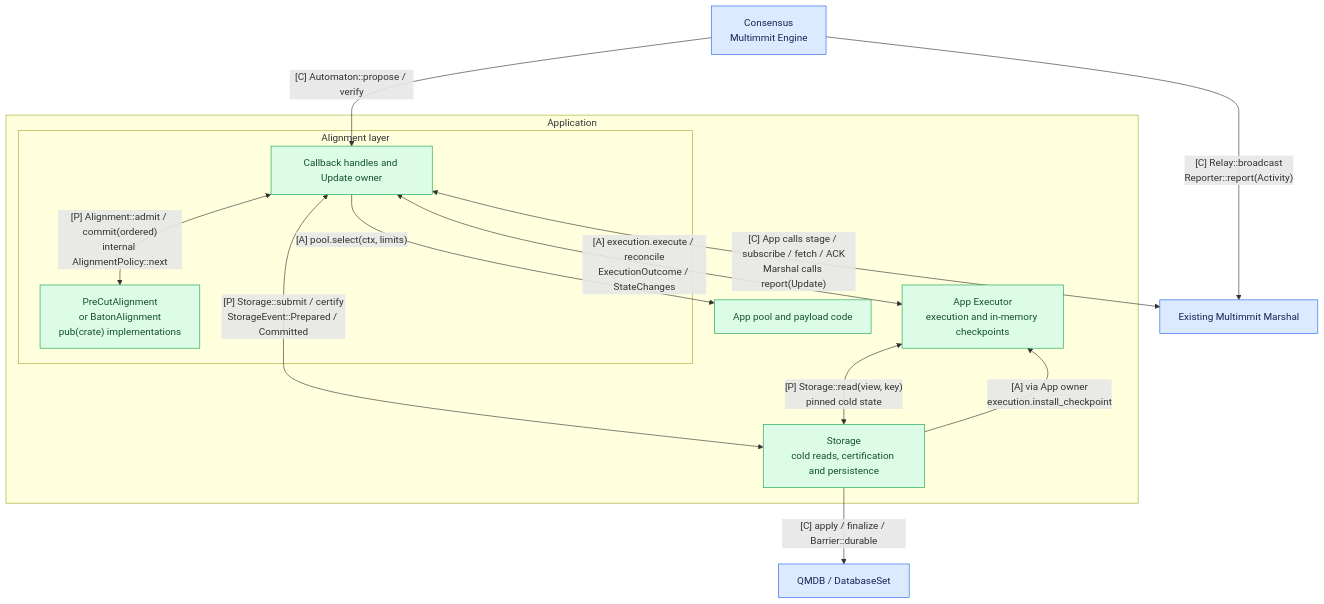
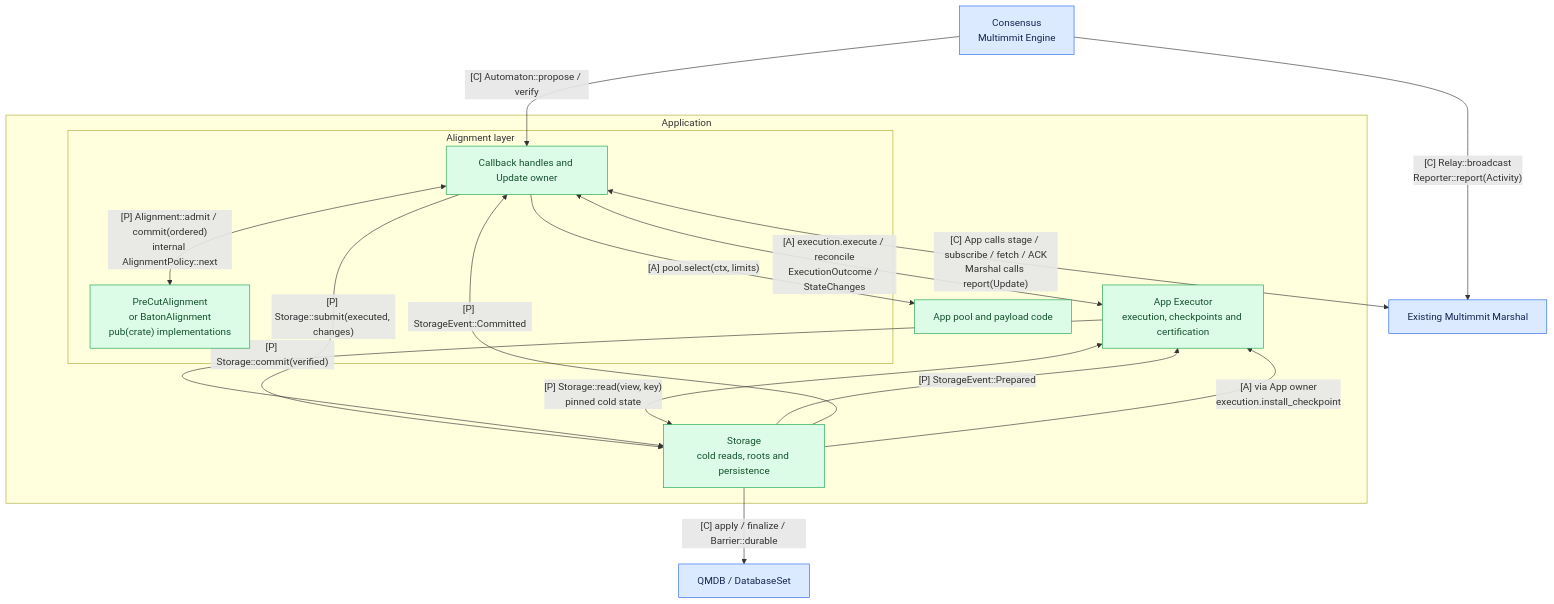
One commit to djm07073/baton changed the diagram in docs/01-overview/01-architecture.md. Above: the diagram before and after it, drawn with Mermaid. The commit also changed other lines of this file and 175 other files, not shown here.

Commit message:
docs: visualize Baton flows and clarify executor certification

````diff
--- a/docs/01-overview/01-architecture.md
+++ b/docs/01-overview/01-architecture.md
@@ -9,25 +9,28 @@
 ```mermaid
 flowchart TB
     N["Consensus<br/>Multimmit Engine"] -->|"[C] Automaton::propose / verify"| M
     N -->|"[C] Relay::broadcast<br/>Reporter::report(Activity)"| R["Existing Multimmit Marshal"]
     M <-->|"[C] App calls stage / subscribe / fetch / ACK<br/>Marshal calls report(Update)"| R
     subgraph APP["Application"]
         subgraph MW["Alignment layer"]
             M["Callback handles and Update owner"]
             M <-->|"[P] Alignment::admit / commit(ordered)<br/>internal AlignmentPolicy::next"| S["PreCutAlignment<br/>or BatonAlignment<br/>pub(crate) implementations"]
         end
         P["App pool and payload code"]
-        E["App Executor<br/>execution and in-memory checkpoints"]
-        C["Storage<br/>cold reads, certification and persistence"]
+        E["App Executor<br/>execution, checkpoints and certification"]
+        C["Storage<br/>cold reads, roots and persistence"]
         M -->|"[A] pool.select(ctx, limits)"| P
         M <-->|"[A] execution.execute / reconcile<br/>ExecutionOutcome / StateChanges"| E
-        M <-->|"[P] Storage::submit / certify<br/>StorageEvent::Prepared / Committed"| C
+        M -->|"[P] Storage::submit(executed, changes)"| C
+        C -->|"[P] StorageEvent::Prepared"| E
+        E -->|"[P] Storage::commit(verified)"| C
+        C -->|"[P] StorageEvent::Committed"| M
         E <-->|"[P] Storage::read(view, key)<br/>pinned cold state"| C
         C -->|"[A] via App owner<br/>execution.install_checkpoint"| E
     end
     C -->|"[C] apply / finalize / Barrier::durable"| Q["QMDB / DatabaseSet"]
     classDef reuse fill:#dbeafe,stroke:#2563eb,color:#172554;
     classDef app fill:#dcfce7,stroke:#16a34a,color:#14532d;
     class N,R,Q reuse;
     class M,S,P,E,C app;
 ```
````
